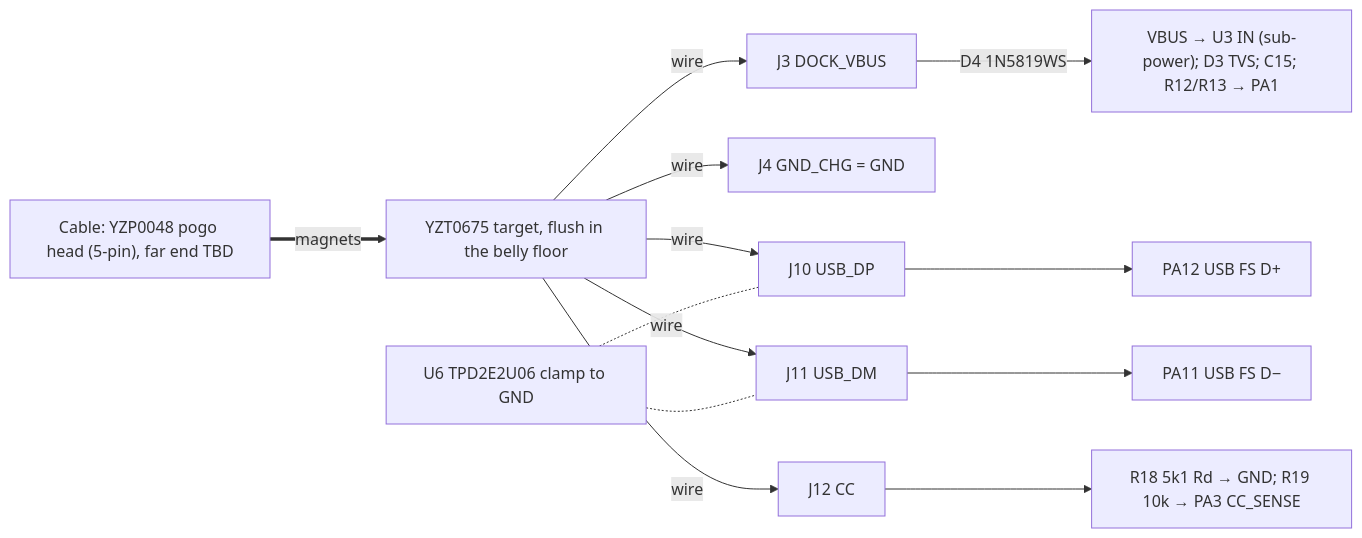
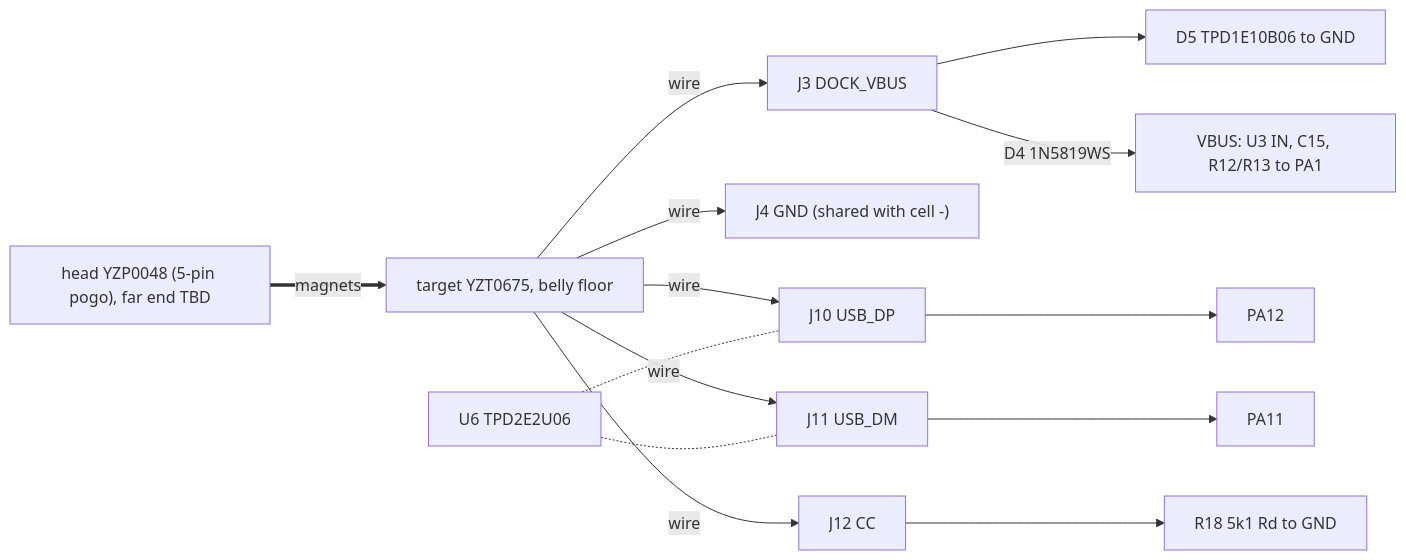
One commit to HrafnaValkyrja/ultrasonic changed the diagram in docs/system/sub-dock-usb.md. Above: the diagram before and after it, drawn with Mermaid. The commit also changed other lines of this file and 8 other files, not shown here.

````diff
--- a/docs/system/sub-dock-usb.md
+++ b/docs/system/sub-dock-usb.md
@@ -17,11 +13,12 @@
 ```mermaid
 flowchart LR
-  CABLE["Cable: YZP0048 pogo head (5-pin), far end TBD"] ==>|"magnets"| TGT["YZT0675 target, flush in the belly floor"]
-  TGT -->|"wire"| J3["J3 DOCK_VBUS"] -->|"D4 1N5819WS"| VBUS["VBUS → U3 IN (sub-power); D3 TVS; C15; R12/R13 → PA1"]
-  TGT -->|"wire"| J4["J4 GND_CHG = GND"]
-  TGT -->|"wire"| J10["J10 USB_DP"] --> PA12["PA12 USB FS D+"]
-  TGT -->|"wire"| J11["J11 USB_DM"] --> PA11["PA11 USB FS D−"]
-  U6["U6 TPD2E2U06 clamp to GND"] -.- J10
+  CABLE["head YZP0048 (5-pin pogo), far end TBD"] ==>|magnets| TGT["target YZT0675, belly floor"]
+  TGT -->|wire| J3["J3 DOCK_VBUS"] --> D5["D5 TPD1E10B06 to GND"]
+  J3 -->|"D4 1N5819WS"| VBUS["VBUS: U3 IN, C15, R12/R13 to PA1"]
+  TGT -->|wire| J4["J4 GND (shared with cell -)"]
+  TGT -->|wire| J10["J10 USB_DP"] --> PA12
+  TGT -->|wire| J11["J11 USB_DM"] --> PA11
+  U6["U6 TPD2E2U06"] -.- J10
   U6 -.- J11
-  TGT -->|"wire"| J12["J12 CC"] --> RD["R18 5k1 Rd → GND; R19 10k → PA3 CC_SENSE"]
+  TGT -->|wire| J12["J12 CC"] --> R18["R18 5k1 Rd to GND"]
 ```
````
